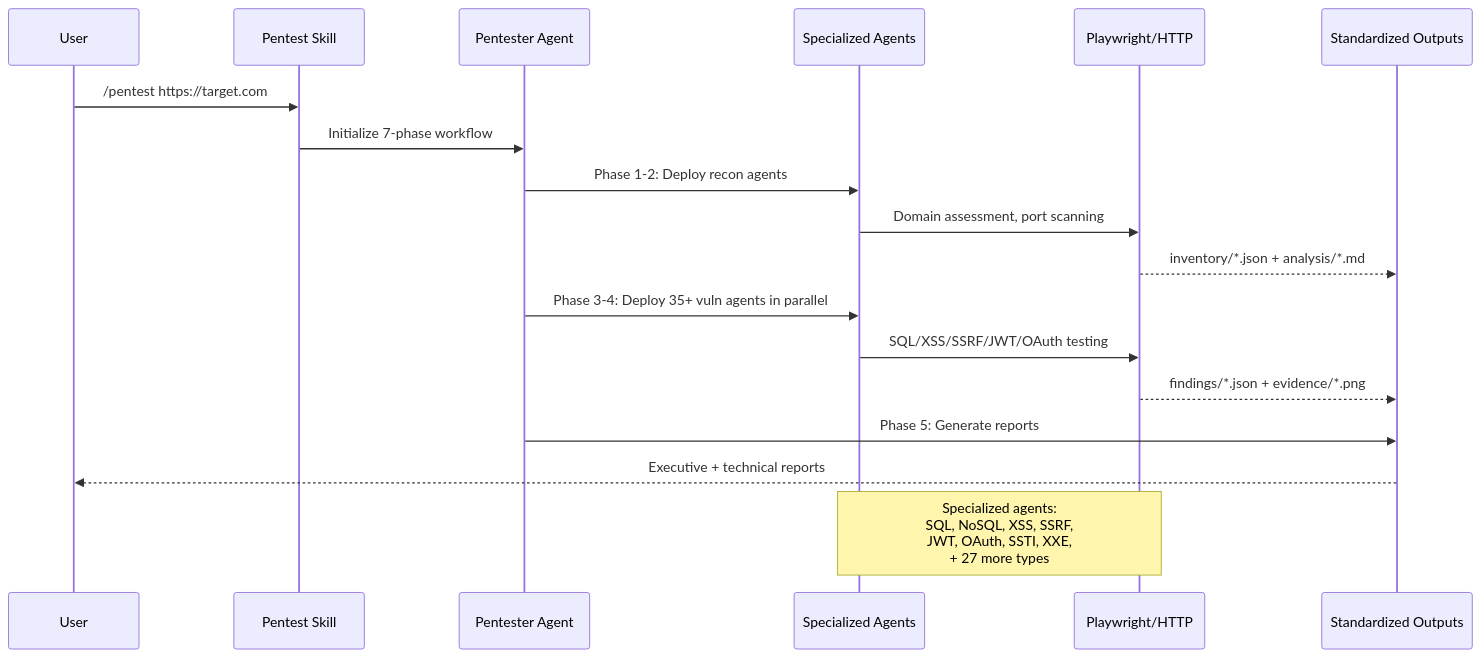
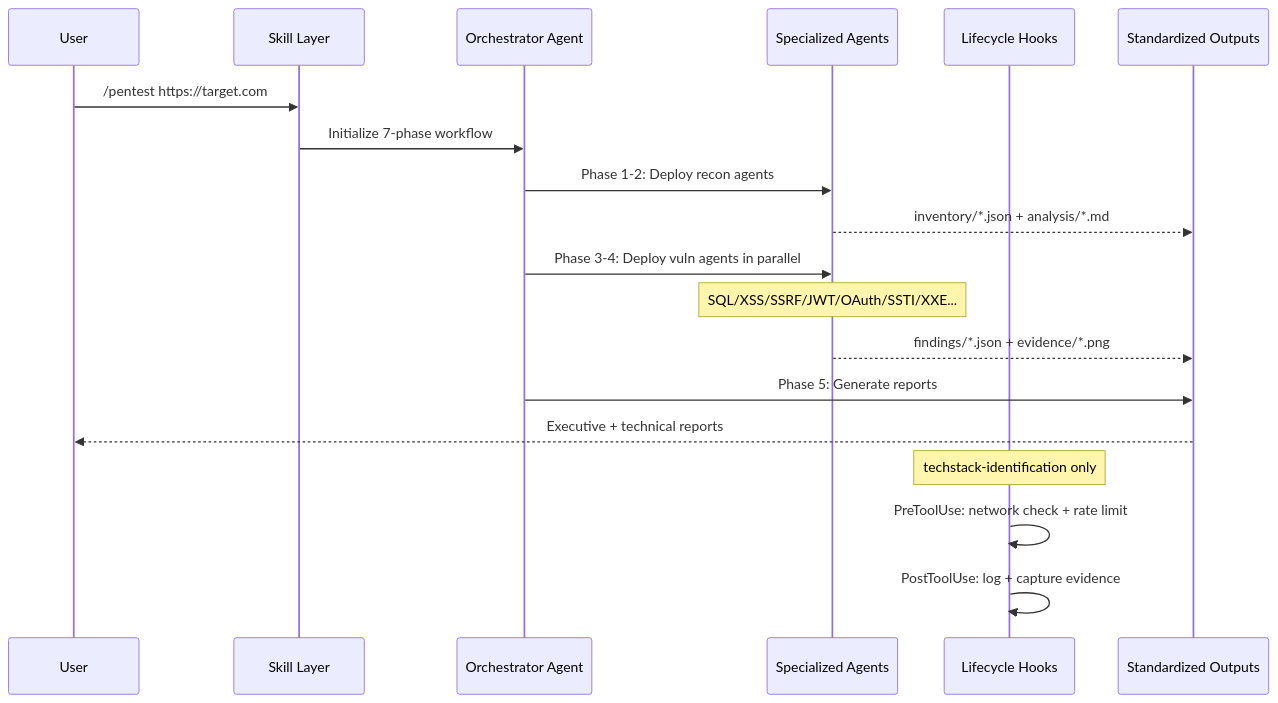
One commit to l0h1nth/communitytools changed the first of 2 diagrams in README.md. Above: the diagram before and after it, drawn with Mermaid. The commit also changed other lines of this file, not shown here.

````diff
--- a/README.md
+++ b/README.md
@@ -183,25 +200,26 @@
 ```mermaid
 sequenceDiagram
     participant User
-    participant Skill as Pentest Skill
-    participant Orch as Pentester Agent
+    participant Skill as Skill Layer
+    participant Orch as Orchestrator Agent
     participant Agents as Specialized Agents
-    participant Tools as Playwright/HTTP
+    participant Hooks as Lifecycle Hooks
     participant Output as Standardized Outputs
 
     User->>Skill: /pentest https://target.com
     Skill->>Orch: Initialize 7-phase workflow
 
     Orch->>Agents: Phase 1-2: Deploy recon agents
-    Agents->>Tools: Domain assessment, port scanning
-    Tools-->>Output: inventory/*.json + analysis/*.md
+    Agents-->>Output: inventory/*.json + analysis/*.md
 
-    Orch->>Agents: Phase 3-4: Deploy 35+ vuln agents in parallel
-    Agents->>Tools: SQL/XSS/SSRF/JWT/OAuth testing
-    Tools-->>Output: findings/*.json + evidence/*.png
+    Orch->>Agents: Phase 3-4: Deploy vuln agents in parallel
+    Note over Agents: SQL/XSS/SSRF/JWT/OAuth/SSTI/XXE...
+    Agents-->>Output: findings/*.json + evidence/*.png
 
     Orch->>Output: Phase 5: Generate reports
     Output-->>User: Executive + technical reports
 
-    Note over Agents,Tools: Specialized agents:<br/>SQL, NoSQL, XSS, SSRF,<br/>JWT, OAuth, SSTI, XXE,<br/>+ 27 more types
+    Note over Hooks: techstack-identification only
+    Hooks->>Hooks: PreToolUse: network check + rate limit
+    Hooks->>Hooks: PostToolUse: log + capture evidence
 ```
````
